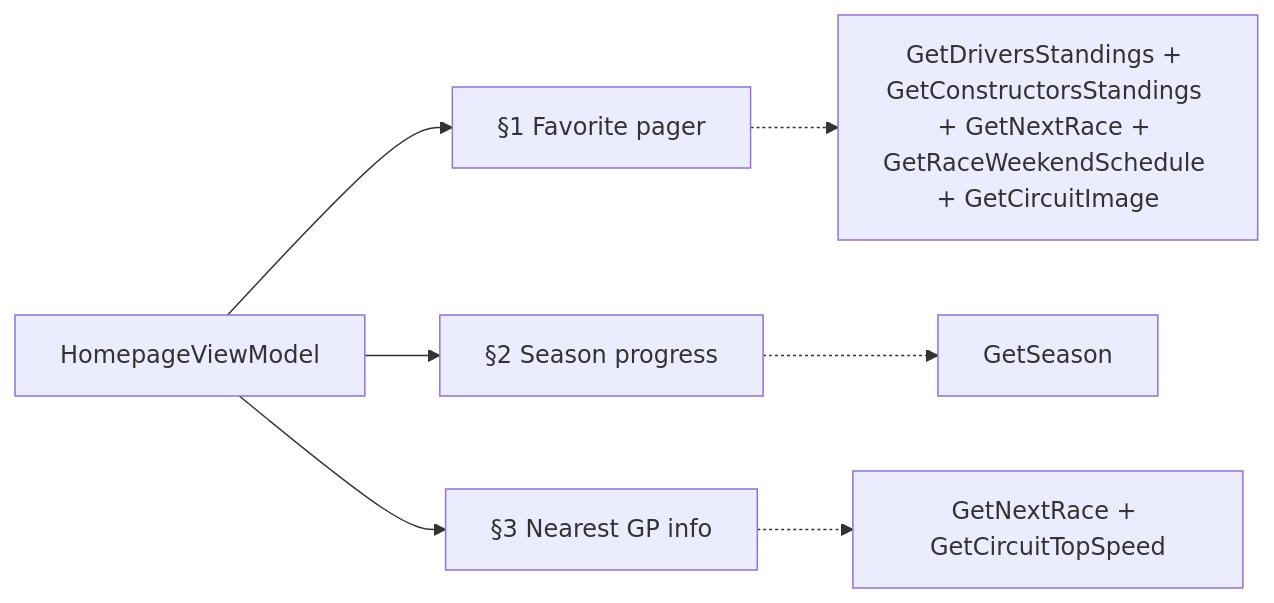
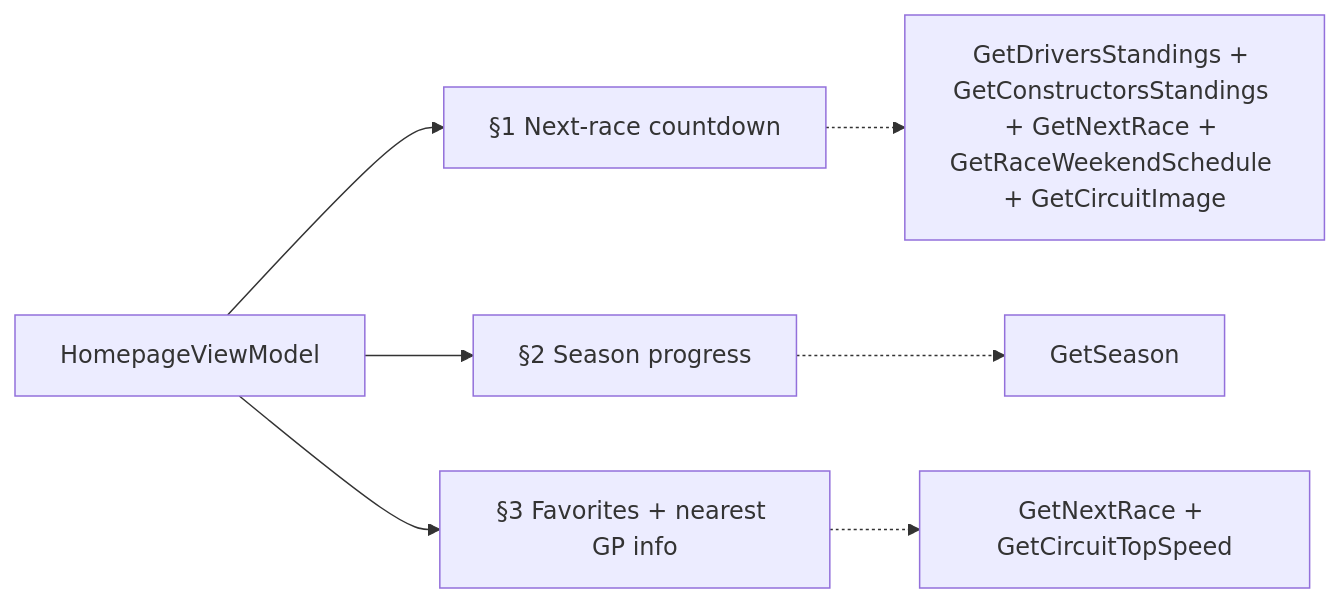
Before and after one commit to anpurnama11/my-f1-companion-app: the first of 2 diagrams in lode/wayfinder/f1app/homepage.md, drawn with Mermaid. The commit also changed other lines of this file and 7 other files, not shown here.

````diff
--- a/lode/wayfinder/f1app/homepage.md
+++ b/lode/wayfinder/f1app/homepage.md
@@ -8,9 +8,9 @@
 ```mermaid
 flowchart LR
-  A[HomepageViewModel] --> S1["§1 Favorite pager"]
+  A[HomepageViewModel] --> S1["§1 Next-race countdown"]
   A --> S2["§2 Season progress"]
-  A --> S3["§3 Nearest GP info"]
+  A --> S3["§3 Favorites + nearest GP info"]
   S1 -.-> UC1[GetDriversStandings + GetConstructorsStandings + GetNextRace + GetRaceWeekendSchedule + GetCircuitImage]
   S2 -.-> UC2[GetSeason]
   S3 -.-> UC3[GetNextRace + GetCircuitTopSpeed]
 ```
````
